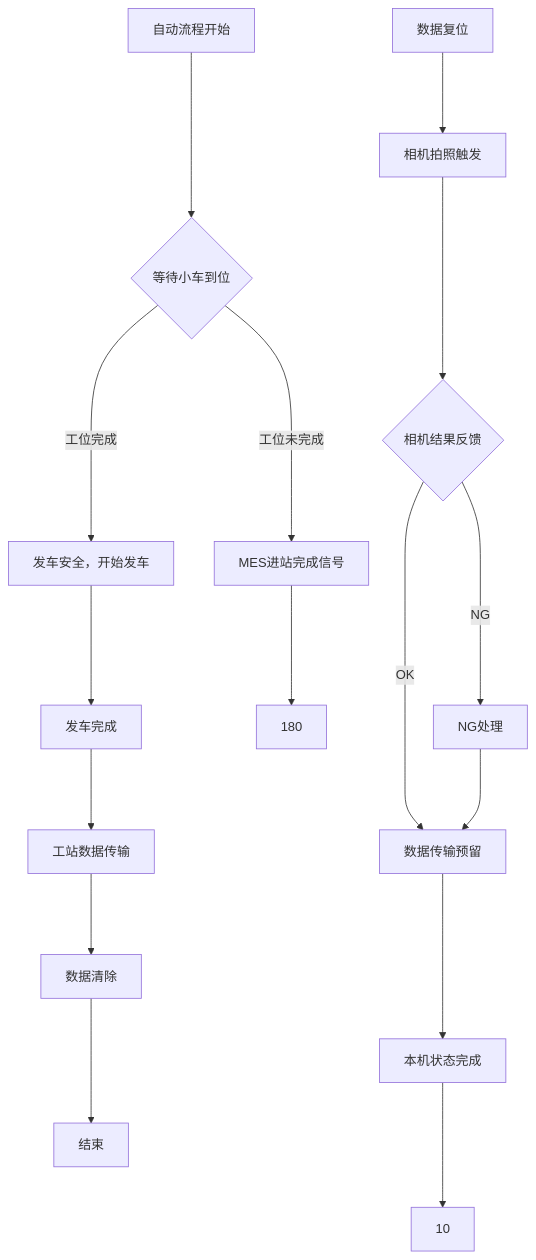
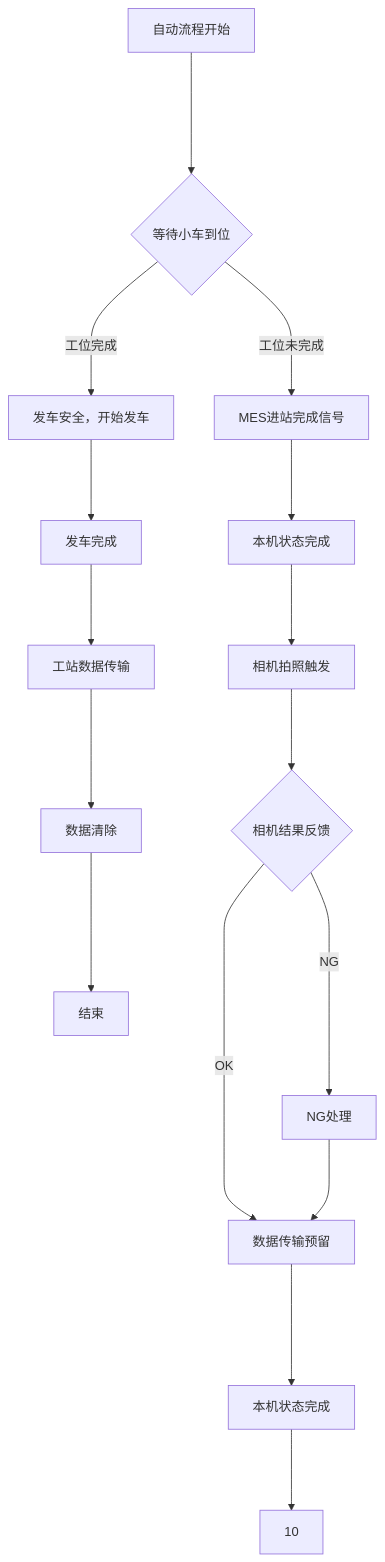
Before and after one commit to zmq000/iodraw-files: the diagram in all/OP80缓存.md, drawn with Mermaid.

Commit message:
2026-06-17 19:12:15 update

````diff
--- a/all/OP80缓存.md
+++ b/all/OP80缓存.md
@@ -1,19 +1,19 @@
 ```mermaid
 graph TD
 自动流程开始---->40
 40{等待小车到位}--->|工位未完成|100
 40--->|工位完成|200
 100[MES进站完成信号]--->180
-110[数据复位]--->120
+180[本机状态完成]--->120
 120[相机拍照触发]--->130
 130{相机结果反馈}--->|OK|150
 130---->|NG|140
 140[NG处理]--->150
 150[数据传输预留]---->160
 160[本机状态完成]--->10
 200[发车安全，开始发车]--->210
 210[发车完成]--->220
 220[工站数据传输]--->230
 230[数据清除]--->240
 240[结束]
 ```
````
